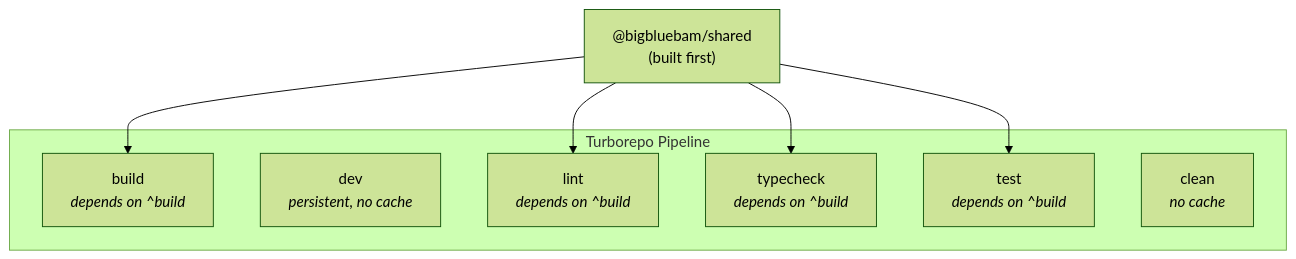
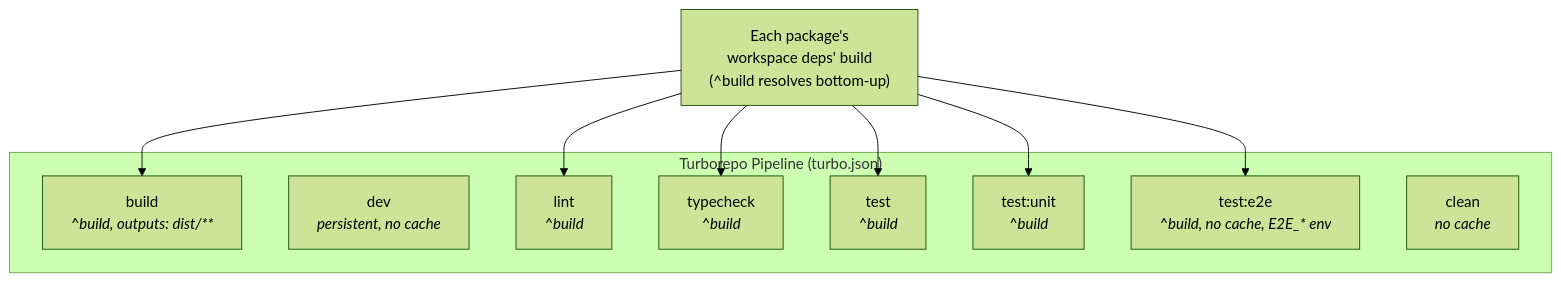
The first of 3 diagrams in docs/development.md (leith-bartrich/BigBlueBam), drawn with Mermaid (forest theme) before and after one commit. The commit also changed other lines of this file and 5 other files, not shown here.

First line of the commit message:
docs: align with full-Docker dev pipeline + workspace container

````diff
--- a/docs/development.md
+++ b/docs/development.md
@@ -73,17 +171,21 @@
 ```mermaid
 graph TD
-    subgraph "Turborepo Pipeline"
-        Build["build<br/><i>depends on ^build</i>"]
+    subgraph "Turborepo Pipeline (turbo.json)"
+        Build["build<br/><i>^build, outputs: dist/**</i>"]
         Dev["dev<br/><i>persistent, no cache</i>"]
-        Lint["lint<br/><i>depends on ^build</i>"]
-        Type["typecheck<br/><i>depends on ^build</i>"]
-        Test["test<br/><i>depends on ^build</i>"]
+        Lint["lint<br/><i>^build</i>"]
+        Type["typecheck<br/><i>^build</i>"]
+        Test["test<br/><i>^build</i>"]
+        TestUnit["test:unit<br/><i>^build</i>"]
+        TestE2E["test:e2e<br/><i>^build, no cache, E2E_* env</i>"]
         Clean["clean<br/><i>no cache</i>"]
     end
 
-    Shared["@bigbluebam/shared<br/>(built first)"]
-    Shared --> Build
-    Shared --> Lint
-    Shared --> Type
-    Shared --> Test
+    Deps["Each package's<br/>workspace deps' build<br/>(^build resolves bottom-up)"]
+    Deps --> Build
+    Deps --> Lint
+    Deps --> Type
+    Deps --> Test
+    Deps --> TestUnit
+    Deps --> TestE2E
 ```
````
